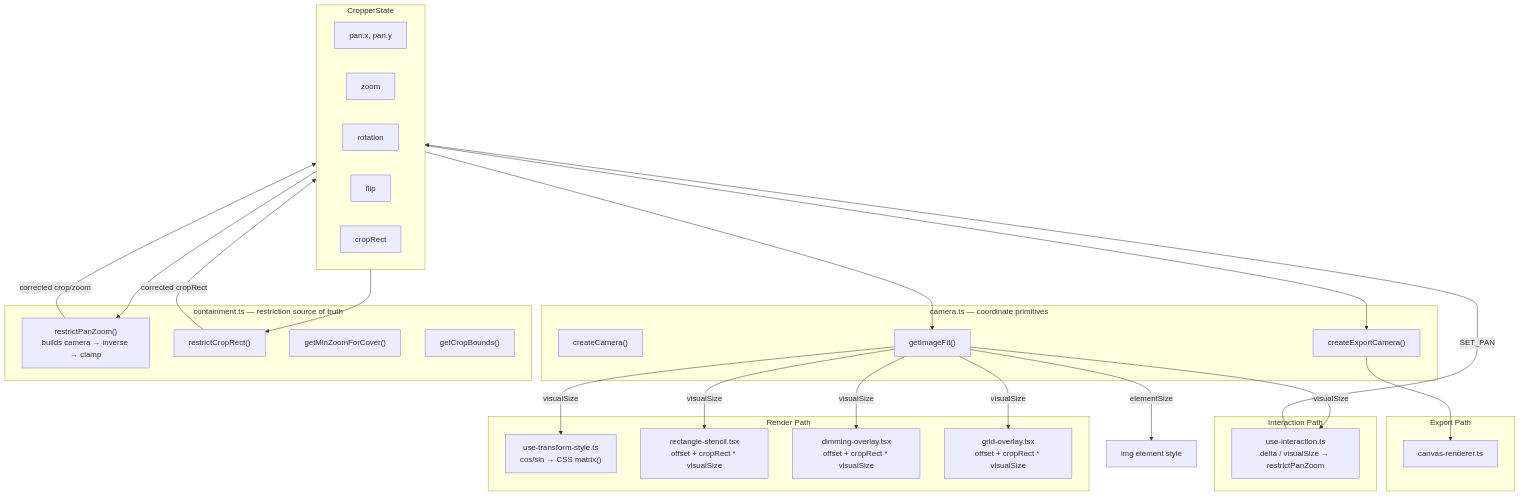
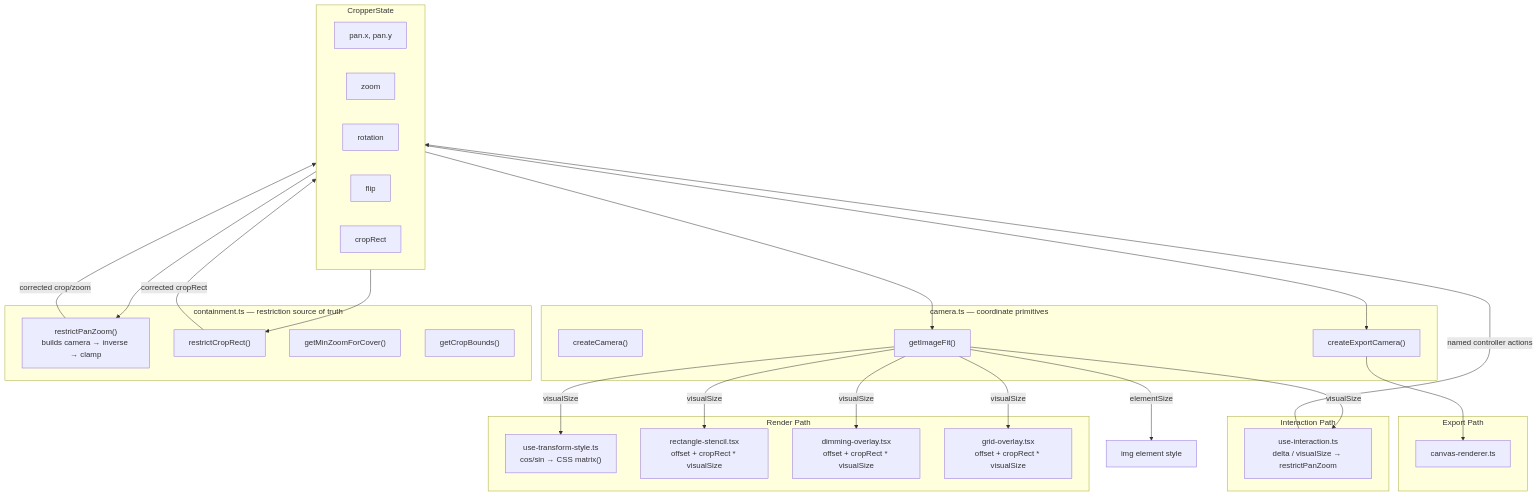
The diagram in packages/media-editor/src/image-editor/docs/architecture.md (jonathanbossenger/gutenberg), drawn with Mermaid before and after one commit. The commit also changed other lines of this file and 12 other files, not shown here.

````diff
--- a/packages/media-editor/src/image-editor/docs/architecture.md
+++ b/packages/media-editor/src/image-editor/docs/architecture.md
@@ -15,55 +15,55 @@
 ```mermaid
 graph TD
     subgraph State["CropperState"]
         pan["pan.x, pan.y"]
         zoom["zoom"]
         rotation["rotation"]
         flip["flip"]
         cropRect["cropRect"]
     end
 
     subgraph Camera["camera.ts — coordinate primitives"]
         createCamera["createCamera()"]
         getImageFit["getImageFit()"]
         createExportCamera["createExportCamera()"]
     end
 
     subgraph Containment["containment.ts — restriction source of truth"]
         restrictPanZoom["restrictPanZoom()\nbuilds camera → inverse → clamp"]
         restrictCropRect["restrictCropRect()"]
         getMinZoomForCover["getMinZoomForCover()"]
         getCropBounds["getCropBounds()"]
     end
 
     subgraph Rendering["Render Path"]
         useTransformStyle["use-transform-style.ts\ncos/sin → CSS matrix()"]
         stencil["rectangle-stencil.tsx\noffset + cropRect * visualSize"]
         dimming["dimming-overlay.tsx\noffset + cropRect * visualSize"]
         grid["grid-overlay.tsx\noffset + cropRect * visualSize"]
     end
 
     subgraph Interaction["Interaction Path"]
         useInteraction["use-interaction.ts\ndelta / visualSize → restrictPanZoom"]
     end
 
     subgraph Export["Export Path"]
         canvasRenderer["canvas-renderer.ts"]
     end
 
     State --> restrictPanZoom
     State --> restrictCropRect
     restrictPanZoom --> |"corrected crop/zoom"| State
     restrictCropRect --> |"corrected cropRect"| State
 
     State --> getImageFit
     getImageFit --> |"elementSize"| imgStyle["img element style"]
     getImageFit --> |"visualSize"| stencil
     getImageFit --> |"visualSize"| dimming
     getImageFit --> |"visualSize"| grid
     getImageFit --> |"visualSize"| useInteraction
     getImageFit --> |"visualSize"| useTransformStyle
 
-    useInteraction --> |"SET_PAN"| State
+    useInteraction --> |"named controller actions"| State
 
     State --> createExportCamera --> canvasRenderer
 ```
````
